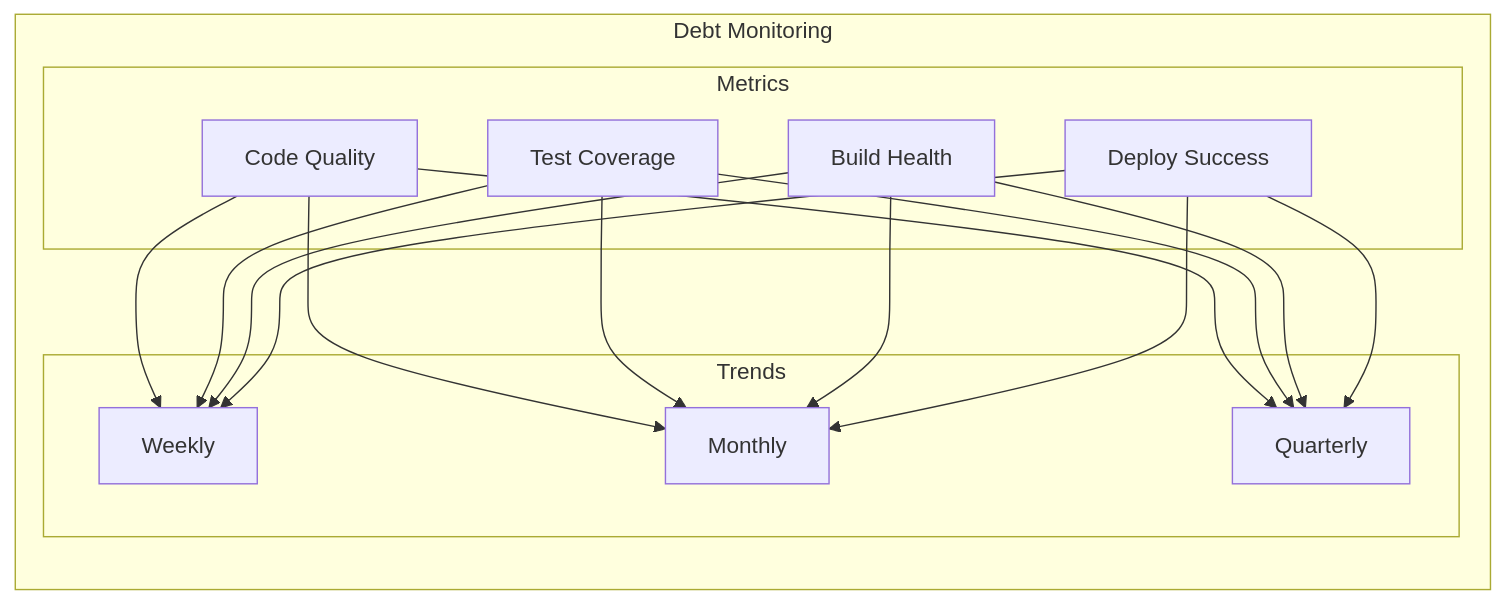
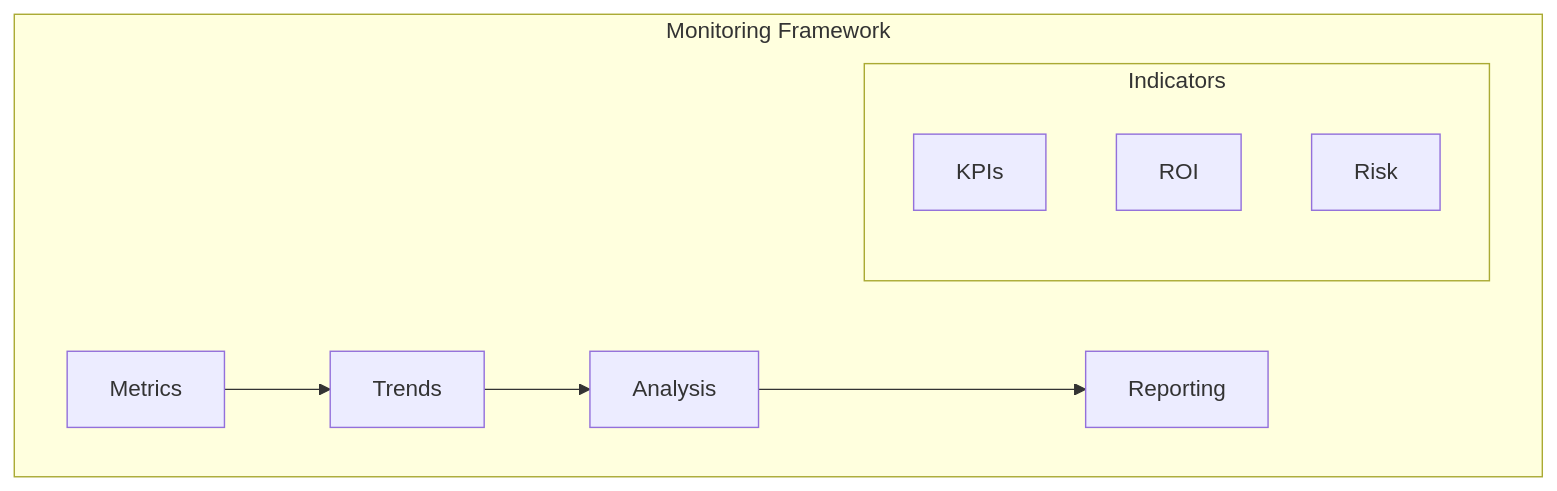
The sixth of 6 diagrams in src/Technical_Debt_Management.md (saravanakumarrc/Architecture_Journey), drawn with Mermaid before and after one commit. The commit also changed other lines of this file and 4 other files, not shown here.

Commit message:
Refactor System Design Principles and Patterns documentation for clarity and conciseness; enhance Technical Debt Management framework with structured metrics and prioritization strategies.

````diff
--- a/src/Technical_Debt_Management.md
+++ b/src/Technical_Debt_Management.md
@@ -235,21 +169,14 @@
 ```mermaid
 graph TB
-    subgraph "Debt Monitoring"
-        direction TB
+    subgraph "Monitoring Framework"
+        M[Metrics] --> T[Trends]
+        T --> A[Analysis]
+        A --> R[Reporting]
         
-        subgraph "Metrics"
-            M1[Code Quality]
-            M2[Test Coverage]
-            M3[Build Health]
-            M4[Deploy Success]
+        subgraph "Indicators"
+            KPI[KPIs]
+            ROI[ROI]
+            RISK[Risk]
         end
-        
-        subgraph "Trends"
-            T1[Weekly]
-            T2[Monthly]
-            T3[Quarterly]
-        end
-        
-        M1 & M2 & M3 & M4 --> T1 & T2 & T3
     end
 ```
````
